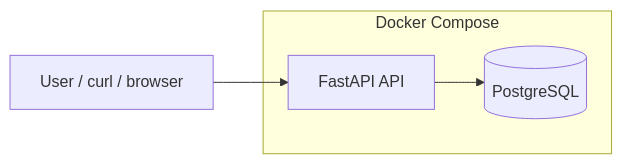
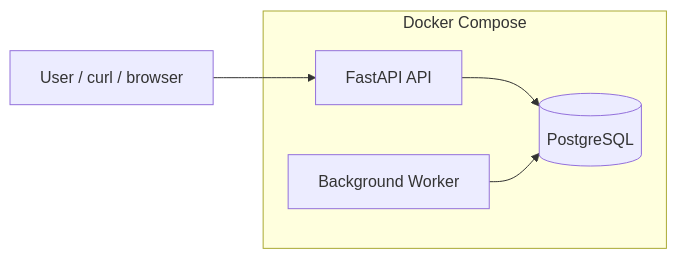
Before and after one commit to Thoriet-net/infra-uptime-monitor: the diagram in README.md, drawn with Mermaid. The commit also changed other lines of this file, not shown here.

Commit message:
docs: update README with worker architecture and features

````diff
--- a/README.md
+++ b/README.md
@@ -26,10 +29,12 @@
 ```mermaid
 flowchart LR
   Client[User / curl / browser] --> API[FastAPI API]
   API --> DB[(PostgreSQL)]
+  Worker[Background Worker] --> DB
 
   subgraph Docker Compose
     API
+    Worker
     DB
   end
 ```
````
